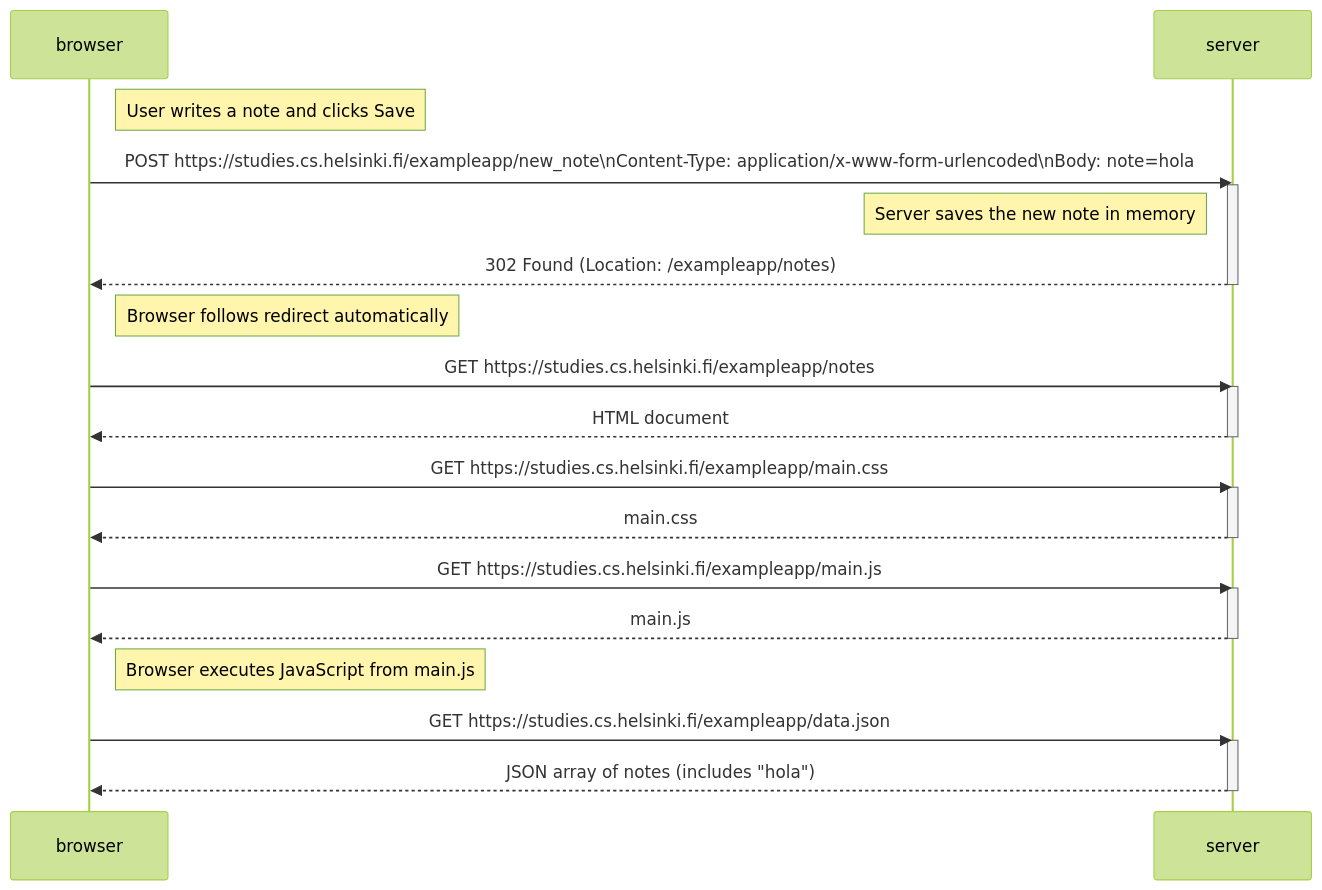
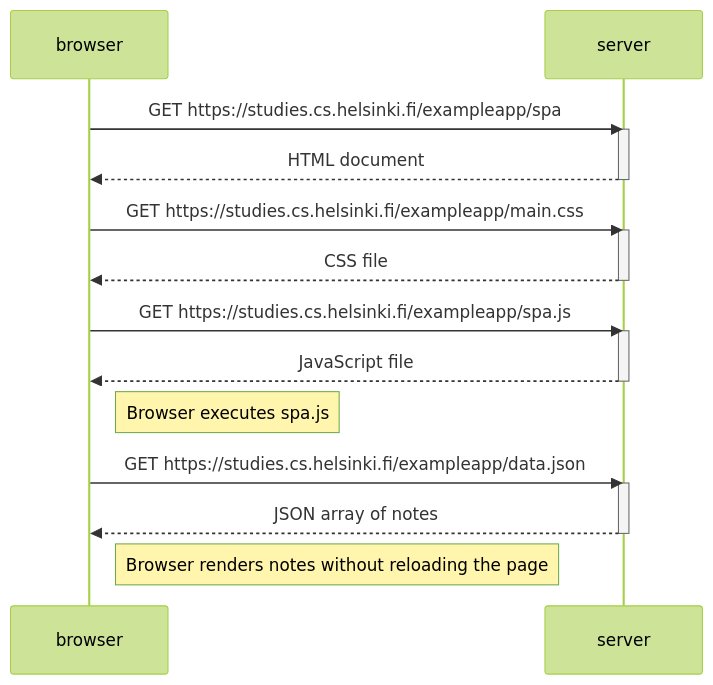
Before and after one commit to jonathan-obredor/fullstackexample: the diagram in part0/0.5.md, drawn with Mermaid (forest theme). The commit also changed other lines of this file and 2 other files, not shown here.

Commit message:
Update diagrams for note handling in the application

````diff
--- a/part0/0.5.md
+++ b/part0/0.5.md
@@ -2,36 +3,28 @@
 ```mermaid
 sequenceDiagram
     participant browser
     participant server
 
-    Note right of browser: User writes a note and clicks Save
-    browser->>server: POST https://studies.cs.helsinki.fi/exampleapp/new_note\nContent-Type: application/x-www-form-urlencoded\nBody: note=hola
-    activate server
-    Note left of server: Server saves the new note in memory
-    server-->>browser: 302 Found (Location: /exampleapp/notes)
-    deactivate server
-
-    Note right of browser: Browser follows redirect automatically
-
-    browser->>server: GET https://studies.cs.helsinki.fi/exampleapp/notes
+    browser->>server: GET https://studies.cs.helsinki.fi/exampleapp/spa
     activate server
     server-->>browser: HTML document
     deactivate server
 
     browser->>server: GET https://studies.cs.helsinki.fi/exampleapp/main.css
     activate server
-    server-->>browser: main.css
+    server-->>browser: CSS file
     deactivate server
 
-    browser->>server: GET https://studies.cs.helsinki.fi/exampleapp/main.js
+    browser->>server: GET https://studies.cs.helsinki.fi/exampleapp/spa.js
     activate server
-    server-->>browser: main.js
+    server-->>browser: JavaScript file
     deactivate server
 
-    Note right of browser: Browser executes JavaScript from main.js
-
+    Note right of browser: Browser executes spa.js
     browser->>server: GET https://studies.cs.helsinki.fi/exampleapp/data.json
     activate server
-    server-->>browser: JSON array of notes (includes "hola")
+    server-->>browser: JSON array of notes
     deactivate server
+
+    Note right of browser: Browser renders notes without reloading the page
 ```
````
